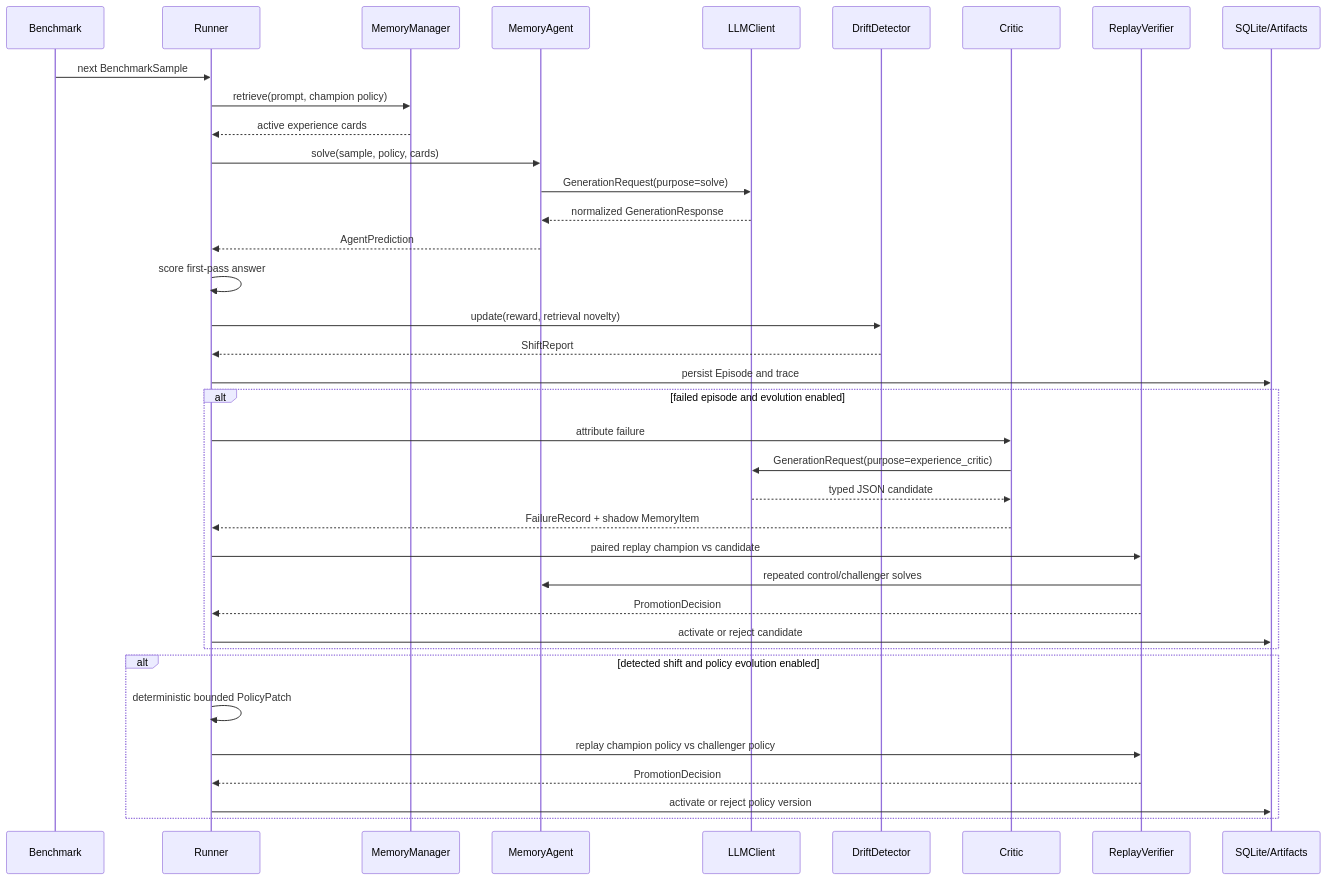
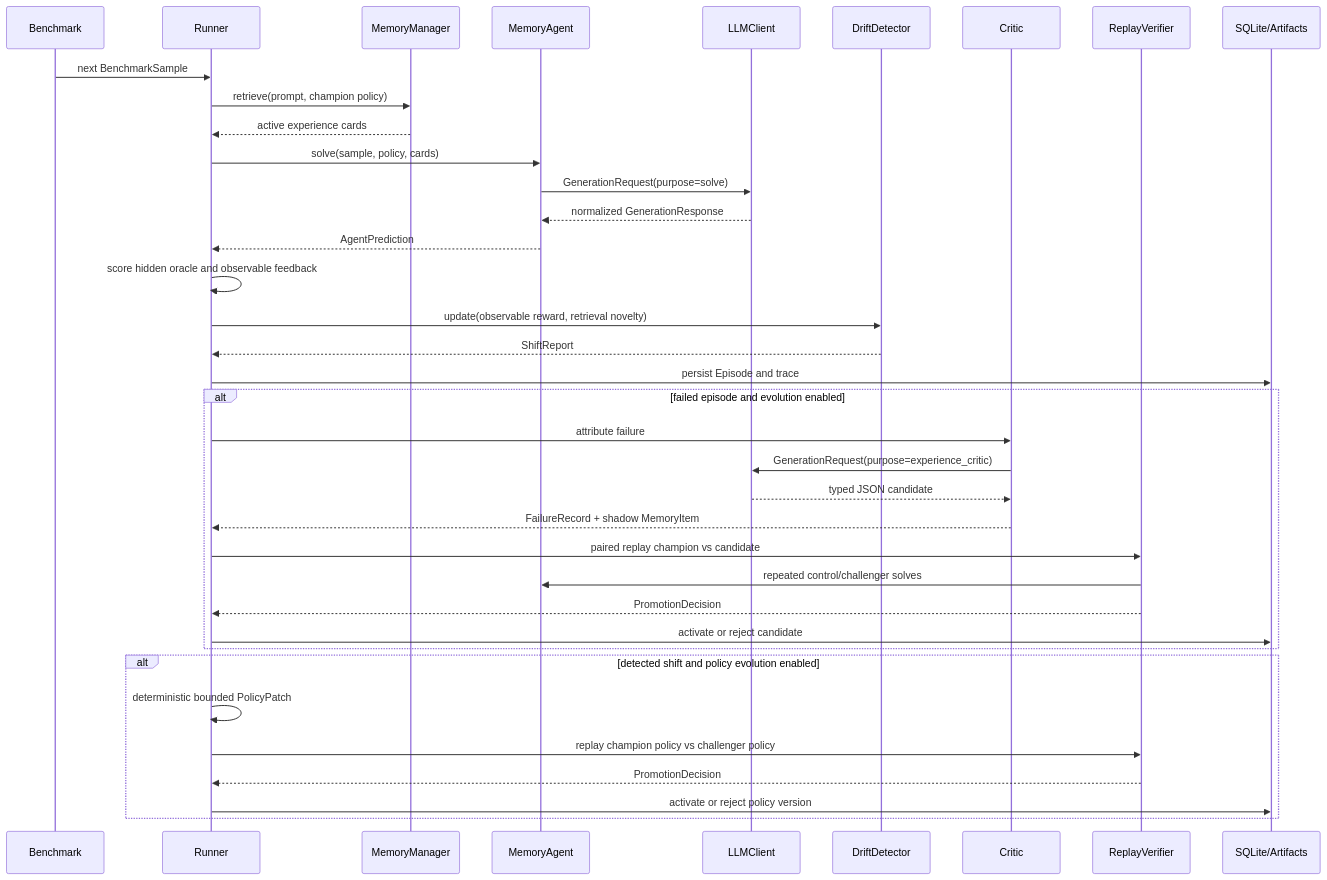
The second of 4 diagrams in docs/architecture.md (Vincent123Nie/EvoShift), drawn with Mermaid before and after one commit. The commit also changed other lines of this file and 30 other files, not shown here.

````diff
--- a/docs/architecture.md
+++ b/docs/architecture.md
@@ -73,40 +73,40 @@
 ```mermaid
 sequenceDiagram
     participant B as Benchmark
     participant R as Runner
     participant M as MemoryManager
     participant A as MemoryAgent
     participant L as LLMClient
     participant D as DriftDetector
     participant C as Critic
     participant V as ReplayVerifier
     participant S as SQLite/Artifacts
 
     B->>R: next BenchmarkSample
     R->>M: retrieve(prompt, champion policy)
     M-->>R: active experience cards
     R->>A: solve(sample, policy, cards)
     A->>L: GenerationRequest(purpose=solve)
     L-->>A: normalized GenerationResponse
     A-->>R: AgentPrediction
-    R->>R: score first-pass answer
-    R->>D: update(reward, retrieval novelty)
+    R->>R: score hidden oracle and observable feedback
+    R->>D: update(observable reward, retrieval novelty)
     D-->>R: ShiftReport
     R->>S: persist Episode and trace
     alt failed episode and evolution enabled
         R->>C: attribute failure
         C->>L: GenerationRequest(purpose=experience_critic)
         L-->>C: typed JSON candidate
         C-->>R: FailureRecord + shadow MemoryItem
         R->>V: paired replay champion vs candidate
         V->>A: repeated control/challenger solves
         V-->>R: PromotionDecision
         R->>S: activate or reject candidate
     end
     alt detected shift and policy evolution enabled
         R->>R: deterministic bounded PolicyPatch
         R->>V: replay champion policy vs challenger policy
         V-->>R: PromotionDecision
         R->>S: activate or reject policy version
     end
 ```
````
